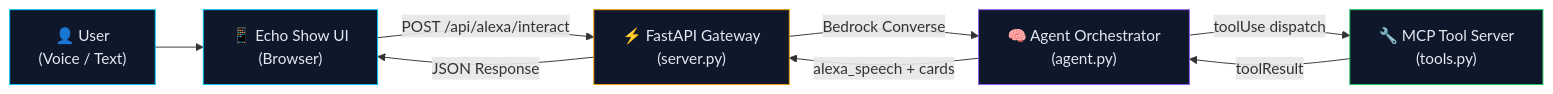
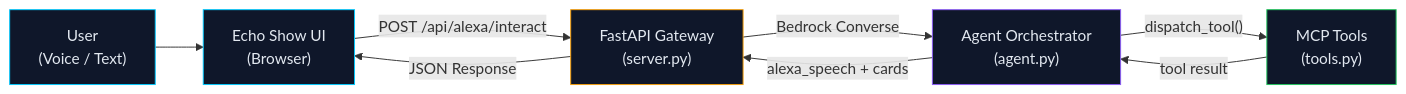
The diagram in README.md (vatsShashwat07/Alexa-plus-lifeops), drawn with Mermaid before and after one commit. The commit also changed other lines of this file and 2 other files, not shown here.

Commit message:
docs(repo): update README, requirements.txt, and FRICTION_LOG with MCP 2025-11-25 compliance notes

````diff
--- a/README.md
+++ b/README.md
@@ -36,16 +40,16 @@
 ```mermaid
 graph LR
-    A["👤 User<br/>(Voice / Text)"] --> B["📱 Echo Show UI<br/>(Browser)"]
-    B -->|"POST /api/alexa/interact"| C["⚡ FastAPI Gateway<br/>(server.py)"]
-    C -->|"Bedrock Converse"| D["🧠 Agent Orchestrator<br/>(agent.py)"]
-    D -->|"toolUse dispatch"| E["🔧 MCP Tool Server<br/>(tools.py)"]
-    E -->|"toolResult"| D
+    A["User<br/>(Voice / Text)"] --> B["Echo Show UI<br/>(Browser)"]
+    B -->|"POST /api/alexa/interact"| C["FastAPI Gateway<br/>(server.py)"]
+    C -->|"Bedrock Converse"| D["Agent Orchestrator<br/>(agent.py)"]
+    D -->|"dispatch_tool()"| E["MCP Tools<br/>(tools.py)"]
+    E -->|"tool result"| D
     D -->|"alexa_speech + cards"| C
     C -->|"JSON Response"| B
 
     style A fill:#0f172a,stroke:#00CAFF,color:#e2e8f0
     style B fill:#0f172a,stroke:#00CAFF,color:#e2e8f0
     style C fill:#0f172a,stroke:#f59e0b,color:#e2e8f0
     style D fill:#0f172a,stroke:#8b5cf6,color:#e2e8f0
     style E fill:#0f172a,stroke:#22c55e,color:#e2e8f0
 ```
````
